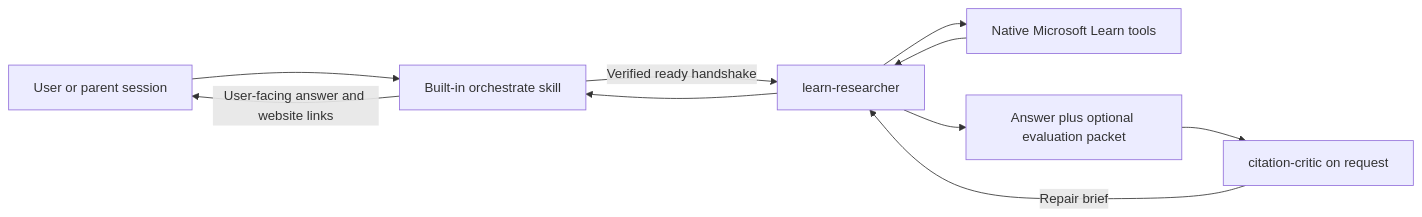
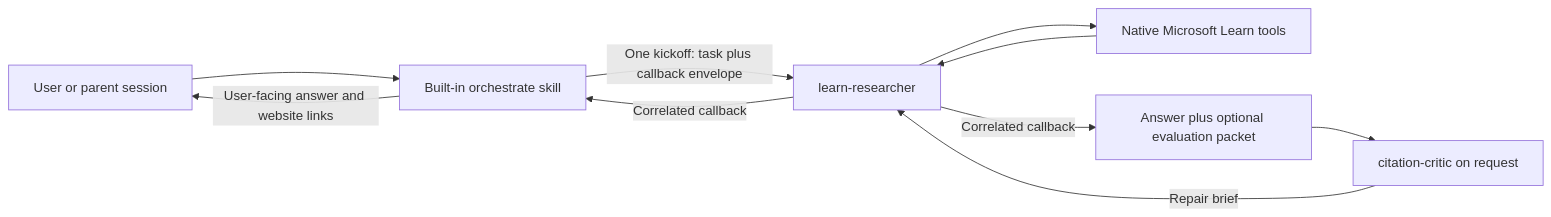
One commit to msucharda/azure-learn-copilot-app changed the diagram in docs/architecture.md. Above: the diagram before and after it, drawn with Mermaid. The commit also changed other lines of this file and 7 other files, not shown here.

````diff
--- a/docs/architecture.md
+++ b/docs/architecture.md
@@ -7,12 +7,12 @@
 ```mermaid
 flowchart LR
     U[User or parent session] --> O[Built-in orchestrate skill]
-    O -->|Verified ready handshake| R[learn-researcher]
+    O -->|One kickoff: task plus callback envelope| R[learn-researcher]
     R --> L[Native Microsoft Learn tools]
     L --> R
-    R --> A[Answer plus optional evaluation packet]
+    R -->|Correlated callback| A[Answer plus optional evaluation packet]
     A --> C[citation-critic on request]
     C -->|Repair brief| R
-    R --> O
+    R -->|Correlated callback| O
     O -->|User-facing answer and website links| U
 ```
````
